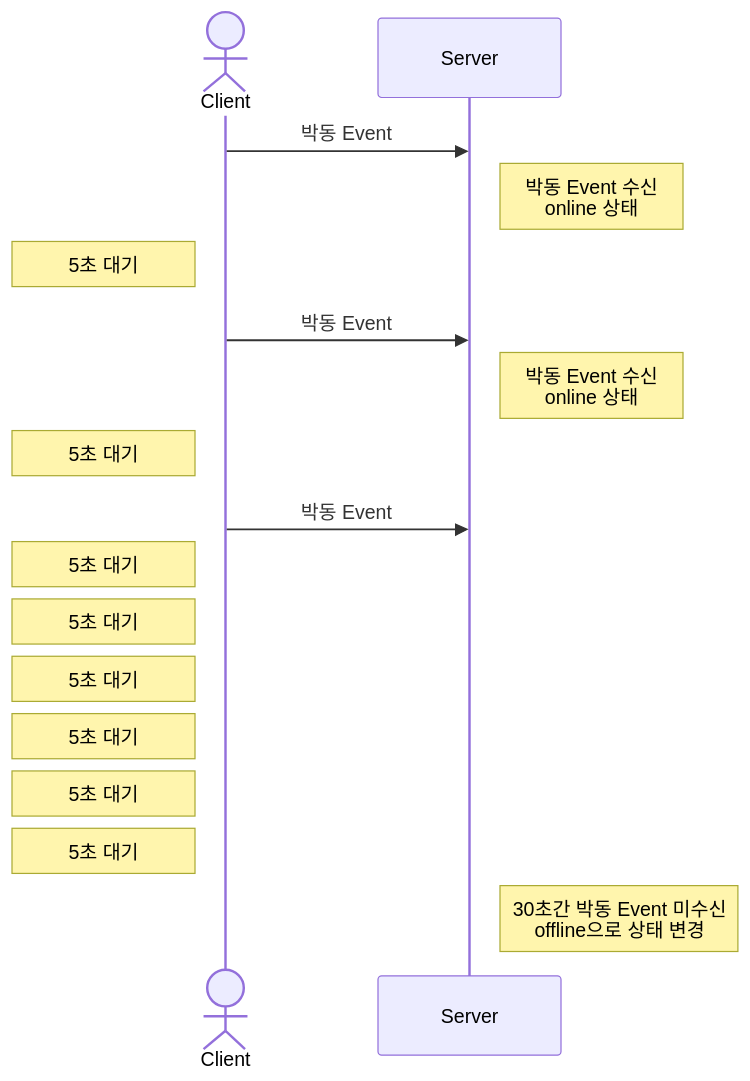
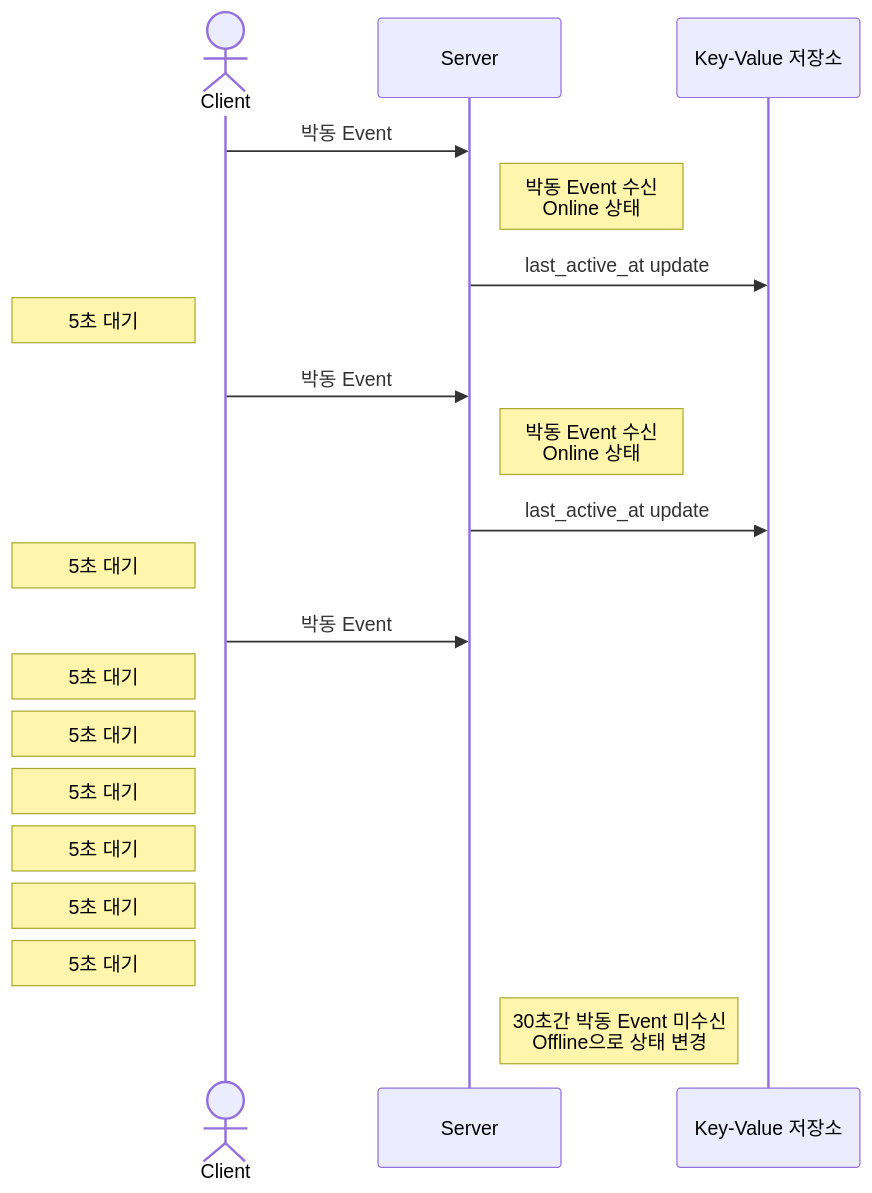
The second of 3 diagrams in _skills/system-design/online-check.md (choesimin/choesimin.github.io), drawn with Mermaid before and after one commit.

````diff
--- a/_skills/system-design/online-check.md
+++ b/_skills/system-design/online-check.md
@@ -67,21 +67,27 @@
 ```mermaid
 sequenceDiagram
 
 actor c as Client
 participant s as Server
+participant kv as Key-Value 저장소
 
 c ->> s : 박동 Event
-note right of s : 박동 Event 수신<br>online 상태
+note right of s : 박동 Event 수신<br>Online 상태
+s ->> kv : last_active_at update
+
 note left of c : 5초 대기
 c ->> s : 박동 Event
-note right of s : 박동 Event 수신<br>online 상태
+note right of s : 박동 Event 수신<br>Online 상태
+s ->> kv : last_active_at update
+
 note left of c : 5초 대기
 c ->> s : 박동 Event
 note left of c : 5초 대기
 note left of c : 5초 대기
 note left of c : 5초 대기
 note left of c : 5초 대기
 note left of c : 5초 대기
 note left of c : 5초 대기
-note right of s : 30초간 박동 Event 미수신<br>offline으로 상태 변경
+
+note right of s : 30초간 박동 Event 미수신<br>Offline으로 상태 변경
 ```
````
